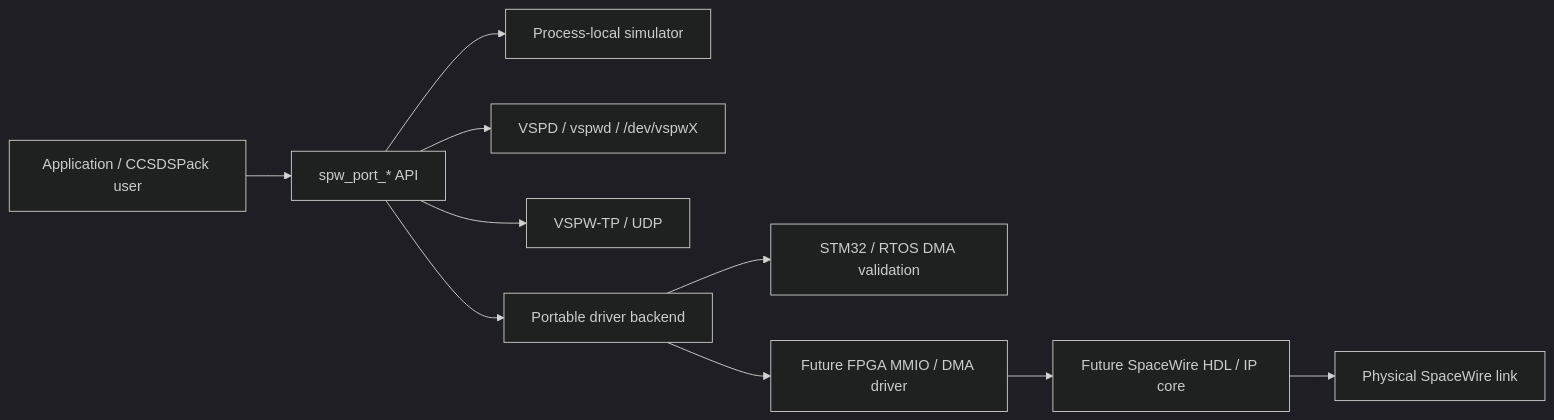
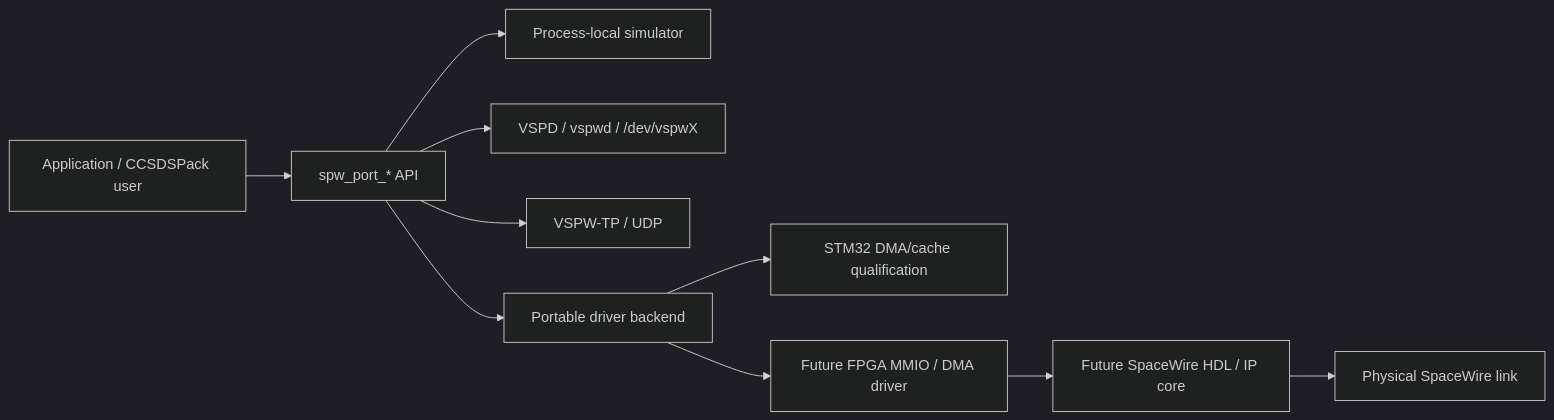
One commit to ExoSpaceLabs/spwkit changed the seventh of 7 diagrams in docs/simulator.md. Above: the diagram before and after it, drawn with Mermaid (dark theme). The commit also changed other lines of this file, not shown here.

````diff
--- a/docs/simulator.md
+++ b/docs/simulator.md
@@ -180,12 +180,12 @@
 ```mermaid
 flowchart LR
     APP["Application / CCSDSPack user"] --> API["spw_port_* API"]
     API --> SIM["Process-local simulator"]
     API --> VIRTUAL["VSPD / vspwd / /dev/vspwX"]
     API --> DIST["VSPW-TP / UDP"]
     API --> DRIVER["Portable driver backend"]
-    DRIVER --> MCU["STM32 / RTOS DMA validation"]
+    DRIVER --> MCU["STM32 DMA/cache qualification"]
     DRIVER --> FPGA["Future FPGA MMIO / DMA driver"]
     FPGA --> CORE["Future SpaceWire HDL / IP core"]
     CORE --> LINK["Physical SpaceWire link"]
 ```
````
